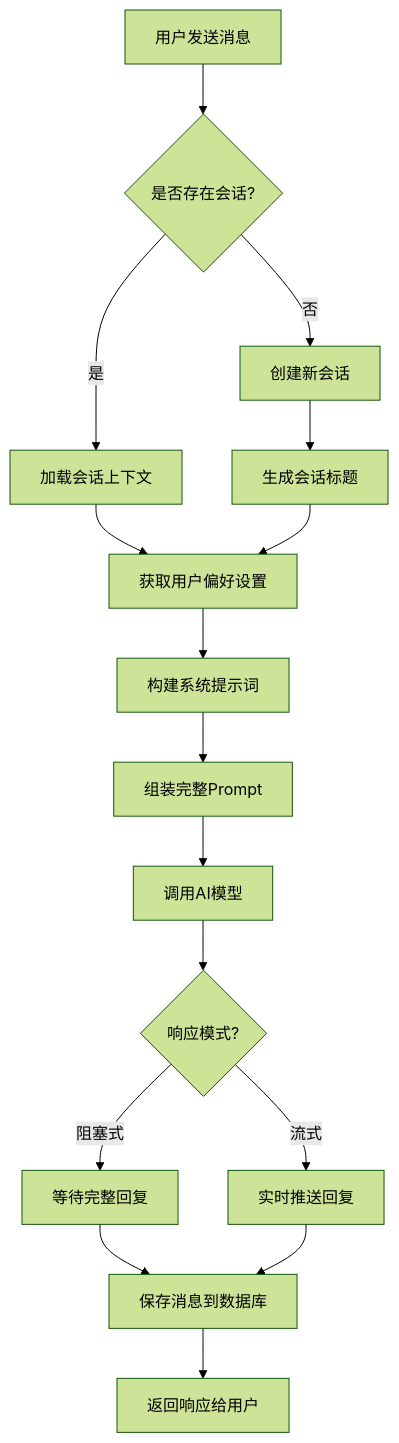
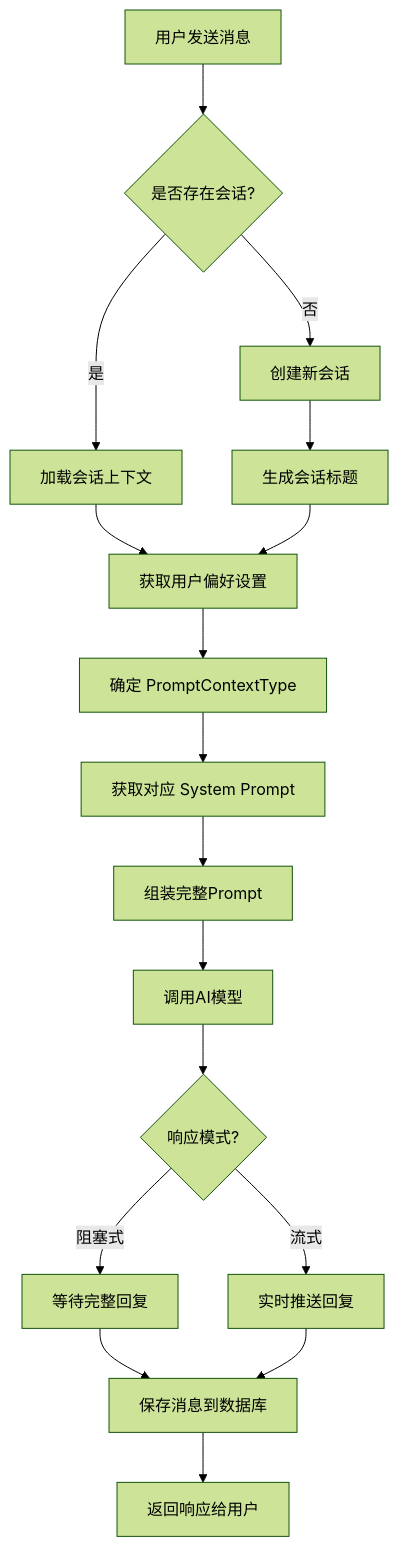
Before and after one commit to N1etZsch3/Novi: the diagram in docs/03-功能模块/AI聊天功能模块.md, drawn with Mermaid (forest theme). The commit also changed other lines of this file and 43 other files, not shown here.

````diff
--- a/docs/03-功能模块/AI聊天功能模块.md
+++ b/docs/03-功能模块/AI聊天功能模块.md
@@ -60,18 +61,19 @@
 ```mermaid
 graph TD
     A[用户发送消息] --> B{是否存在会话?}
     B -->|否| C[创建新会话]
     B -->|是| D[加载会话上下文]
     C --> E[生成会话标题]
     D --> F[获取用户偏好设置]
     E --> F
-    F --> G[构建系统提示词]
-    G --> H[组装完整Prompt]
-    H --> I[调用AI模型]
-    I --> J{响应模式?}
-    J -->|阻塞式| K[等待完整回复]
-    J -->|流式| L[实时推送回复]
-    K --> M[保存消息到数据库]
-    L --> M
-    M --> N[返回响应给用户]
+    F --> G[确定 PromptContextType]
+    G --> H[获取对应 System Prompt]
+    H --> I[组装完整Prompt]
+    I --> J[调用AI模型]
+    J --> K{响应模式?}
+    K -->|阻塞式| L[等待完整回复]
+    K -->|流式| M[实时推送回复]
+    L --> N[保存消息到数据库]
+    M --> N
+    N --> O[返回响应给用户]
 ```
````
